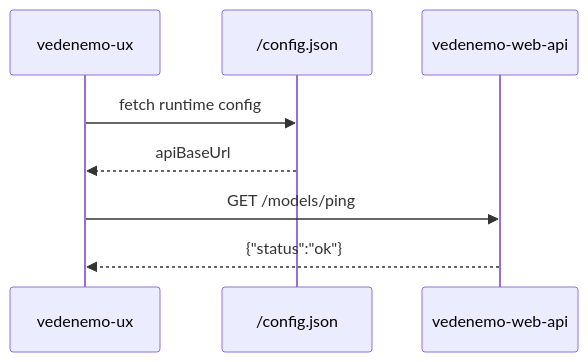
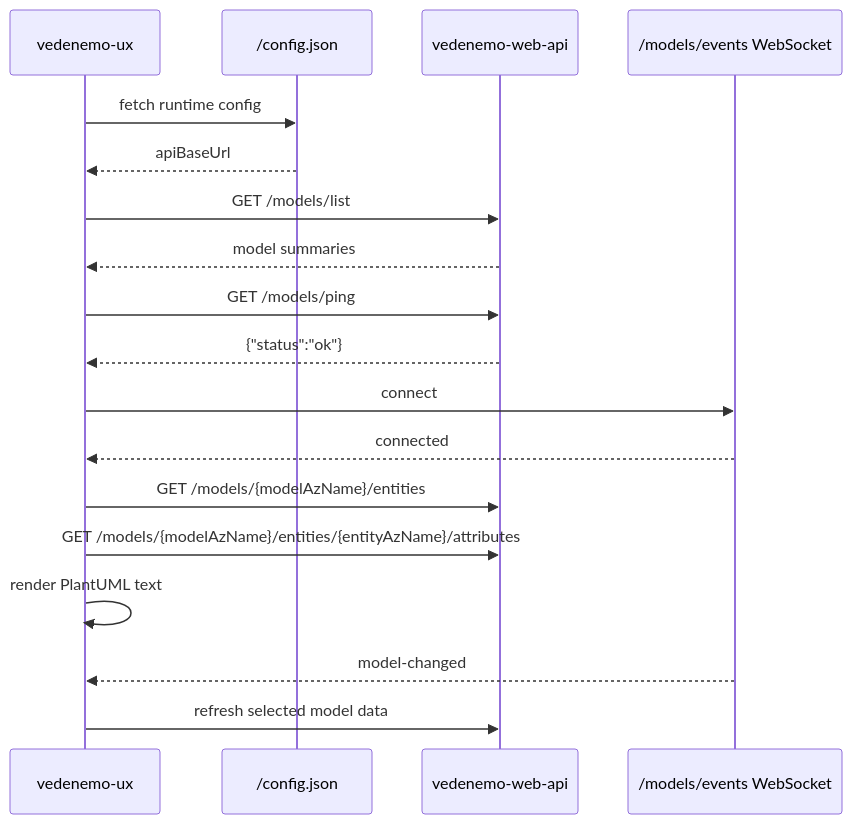
Before and after one commit to VedenemoDev/VedenemoMonorepo: the seventh of 7 diagrams in docs/architecture_doc.md, drawn with Mermaid. The commit also changed other lines of this file and 12 other files, not shown here.

````diff
--- a/docs/architecture_doc.md
+++ b/docs/architecture_doc.md
@@ -470,11 +510,21 @@
 ```mermaid
 sequenceDiagram
     participant UX as vedenemo-ux
     participant Config as /config.json
     participant API as vedenemo-web-api
+    participant Events as /models/events WebSocket
 
     UX->>Config: fetch runtime config
     Config-->>UX: apiBaseUrl
+    UX->>API: GET /models/list
+    API-->>UX: model summaries
     UX->>API: GET /models/ping
     API-->>UX: {"status":"ok"}
+    UX->>Events: connect
+    Events-->>UX: connected
+    UX->>API: GET /models/{modelAzName}/entities
+    UX->>API: GET /models/{modelAzName}/entities/{entityAzName}/attributes
+    UX->>UX: render PlantUML text
+    Events-->>UX: model-changed
+    UX->>API: refresh selected model data
 ```
````
